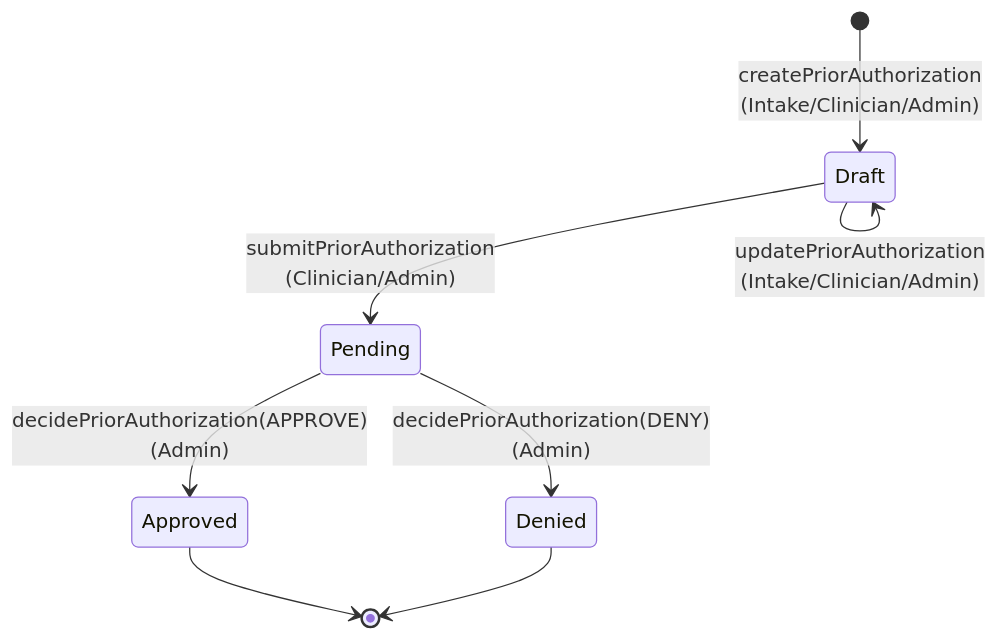
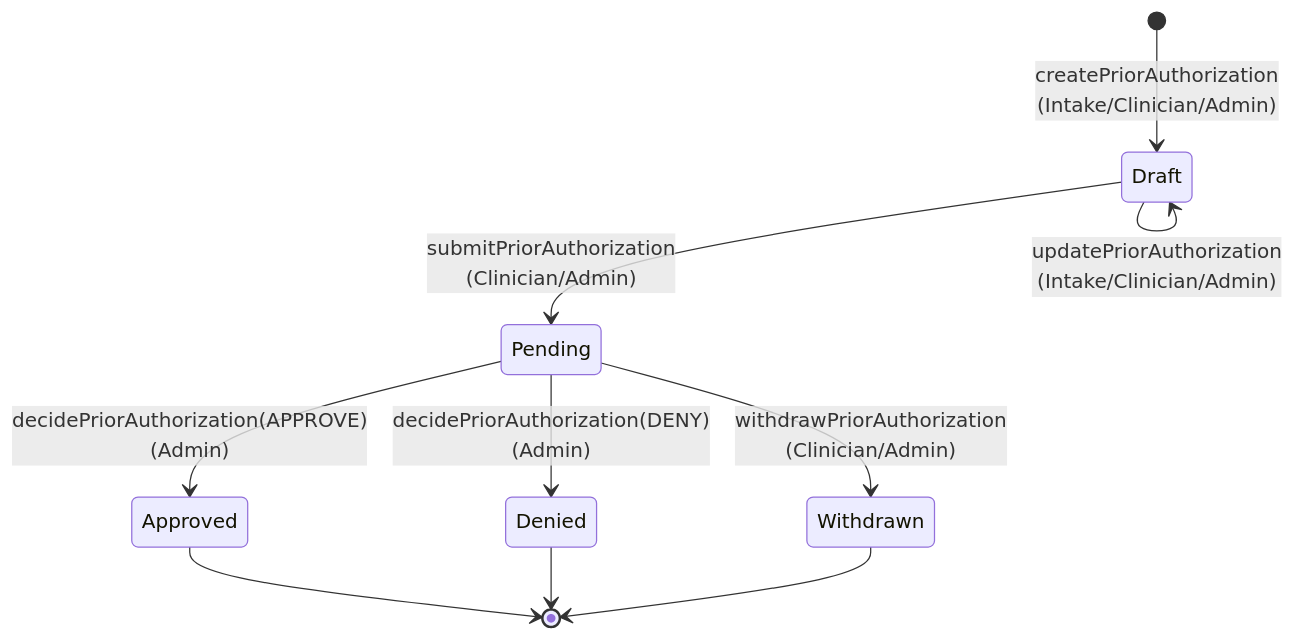
The second of 5 diagrams in docs/PROCESS.md (XtianBDevn/serenauth), drawn with Mermaid before and after one commit. The commit also changed other lines of this file and 8 other files, not shown here.

````diff
--- a/docs/PROCESS.md
+++ b/docs/PROCESS.md
@@ -52,10 +52,12 @@
 ```mermaid
 stateDiagram-v2
     [*] --> Draft: createPriorAuthorization<br/>(Intake/Clinician/Admin)
     Draft --> Draft: updatePriorAuthorization<br/>(Intake/Clinician/Admin)
     Draft --> Pending: submitPriorAuthorization<br/>(Clinician/Admin)
     Pending --> Approved: decidePriorAuthorization(APPROVE)<br/>(Admin)
     Pending --> Denied: decidePriorAuthorization(DENY)<br/>(Admin)
+    Pending --> Withdrawn: withdrawPriorAuthorization<br/>(Clinician/Admin)
     Approved --> [*]
     Denied --> [*]
+    Withdrawn --> [*]
 ```
````
